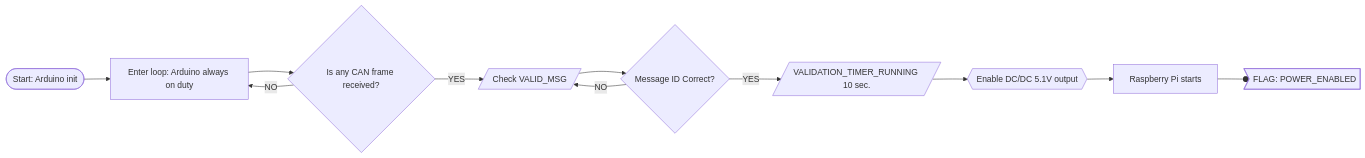
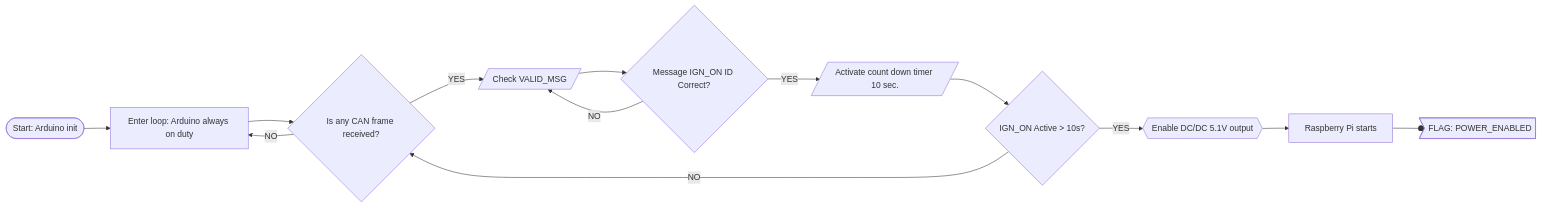
Before and after one commit to martis2580/Outdated-Volvo-Nav-Retrofit: the third of 4 diagrams in README.md, drawn with Mermaid.

Commit message:
Update README with ignition message validation flow
Added new flowchart steps for message validation and ignition activation.

````diff
--- a/README.md
+++ b/README.md
@@ -92,13 +92,15 @@
 ```mermaid
 flowchart LR
     A([Start: Arduino init]) --> B[Enter loop: Arduino always on duty]
     B --> C{Is any CAN frame received?}
     C -->|YES| D[/Check VALID_MSG/]
     C -->|NO| B
-    D --> F{Message ID Correct?}
-    F -->|NO| D
-    F -->|YES| G[/VALIDATION_TIMER_RUNNING 10 sec. /]
-    G -->H@{ shape: hex, label: "Enable DC/DC 5.1V output" }
+    D --> E{Message IGN_ON ID Correct?}
+    E -->|NO| D
+    E -->|YES| F[/Activate count down timer 10 sec./]
+    F -->G{IGN_ON Active > 10s?}
+    G -->|NO| C
+    G -->|YES| H@{ shape: hex, label: "Enable DC/DC 5.1V output"}
     H -->J[Raspberry Pi starts]
     J --oK@{ shape: odd, label: "FLAG: POWER_ENABLED" }
 ```
````
